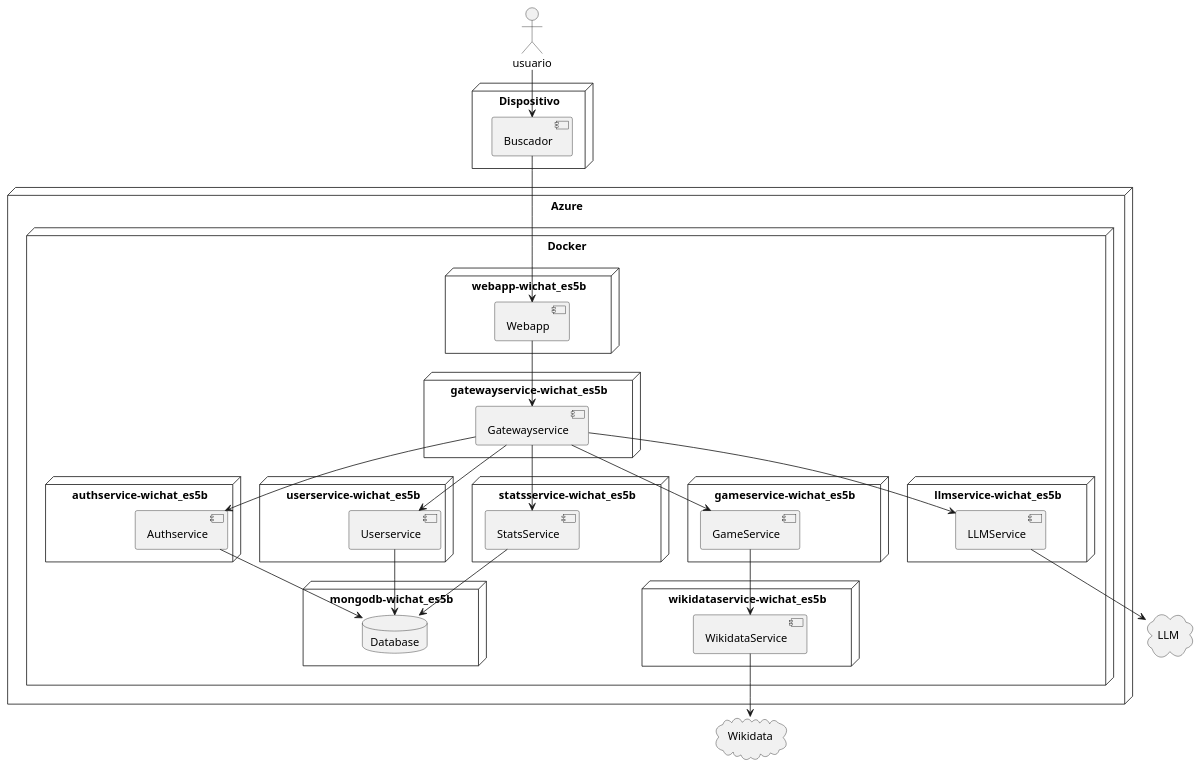
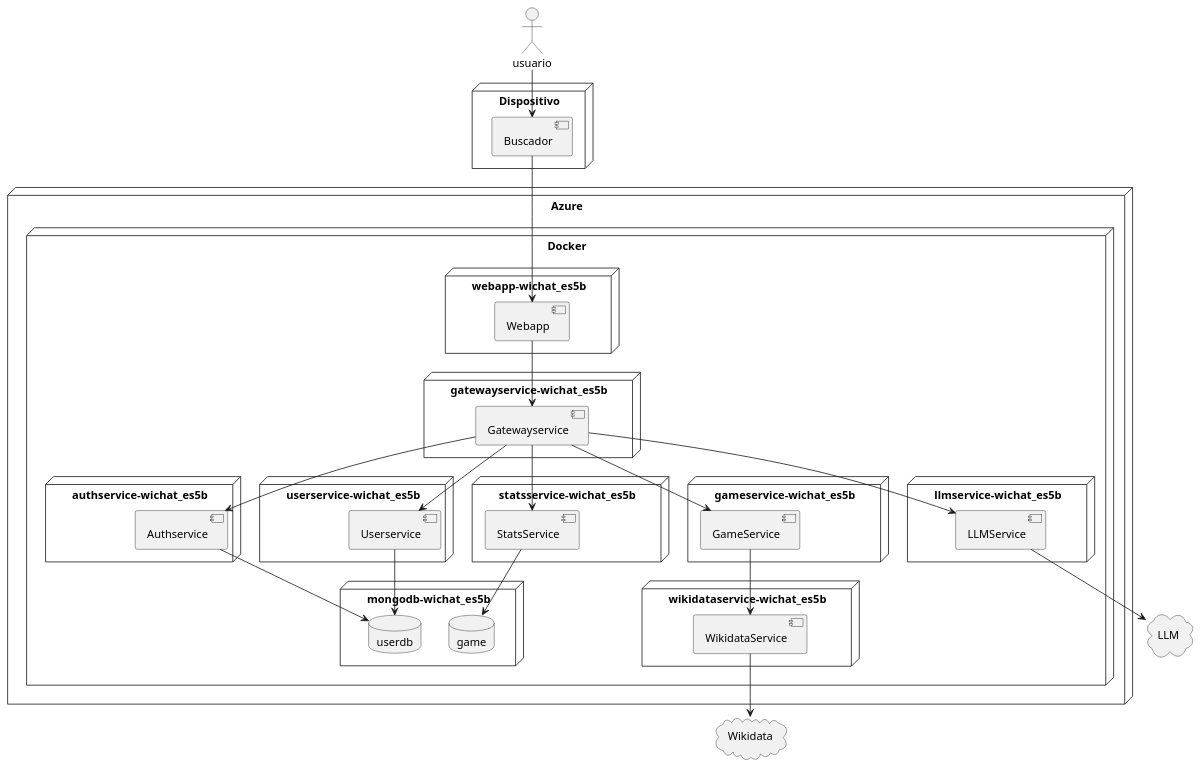
The diagram in docs/src/07_deployment_view.adoc (Arquisoft/wichat_es5b), drawn with PlantUML before and after one commit.

Commit message:
Cambiado el bloque de mongodb

```diff
--- a/docs/src/07_deployment_view.adoc
+++ b/docs/src/07_deployment_view.adoc
@@ -66,72 +66,73 @@
 [plantuml, arquitectura, png]
 ----
 @startuml
 
 
 actor usuario
 
 node Dispositivo{
     [Buscador] as buscador
 }
 
 node Azure{
     node Docker{
         node webapp-wichat_es5b{
             [Webapp] as webapp
         }
 
         node gatewayservice-wichat_es5b{
             [Gatewayservice] as gateway
         }
 
         node authservice-wichat_es5b{
             [Authservice] as authservice
         }
 
         node userservice-wichat_es5b{
             [Userservice] as userservice
         }
 
         node gameservice-wichat_es5b{
             [GameService] as gameservice
         }
 
         node wikidataservice-wichat_es5b{
             [WikidataService] as wikidataservice
         }
 
         node statsservice-wichat_es5b{
             [StatsService] as statsservice
         }
 
         node llmservice-wichat_es5b{
             [LLMService] as llmservice
         }
 
         node mongodb-wichat_es5b{
-            database "Database" as database
+            database "userdb" as userdb
+            database "game" as game
         }
         
     }
 }
 
 Cloud "Wikidata"
 Cloud "LLM"
 
 usuario --> buscador
 buscador --> webapp
 webapp --> gateway
 gateway --> llmservice
 llmservice --> LLM
 gateway --> authservice
 gateway --> userservice
 gateway --> gameservice
 gameservice --> wikidataservice
 wikidataservice --> "Wikidata"
-userservice --> database
-authservice --> database
+userservice --> userdb
+authservice --> userdb
 gateway --> statsservice
-statsservice --> database
+statsservice --> game
 
 @enduml
 ----
```
